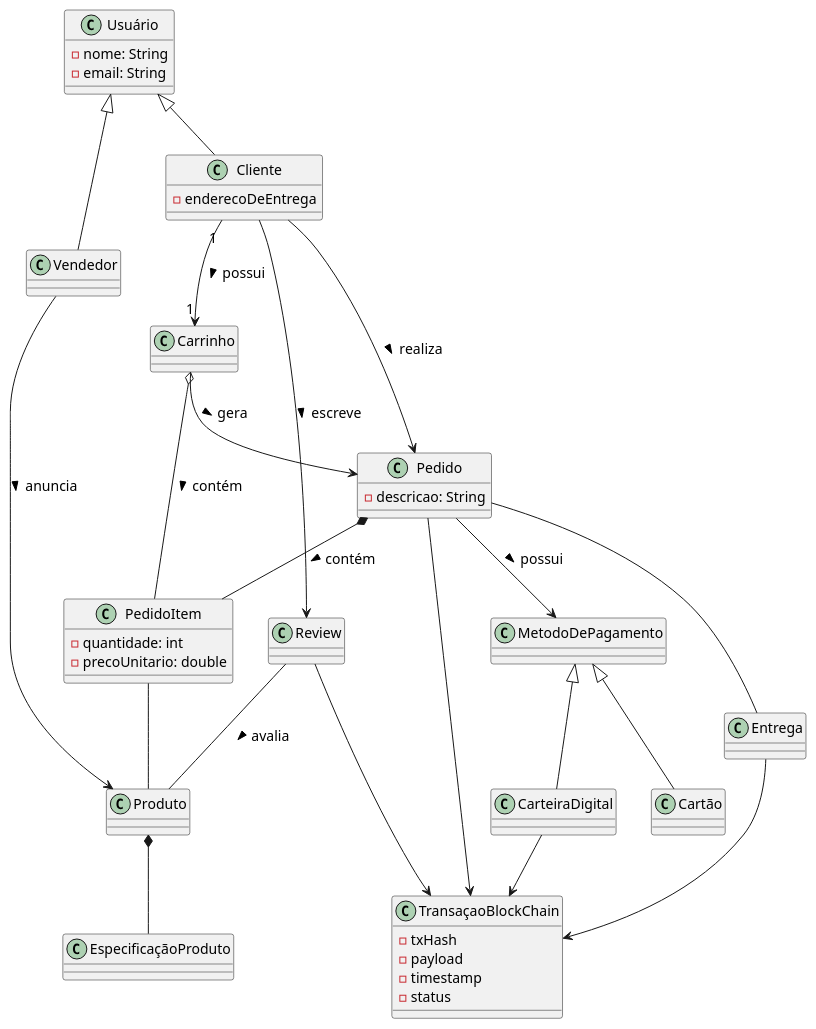
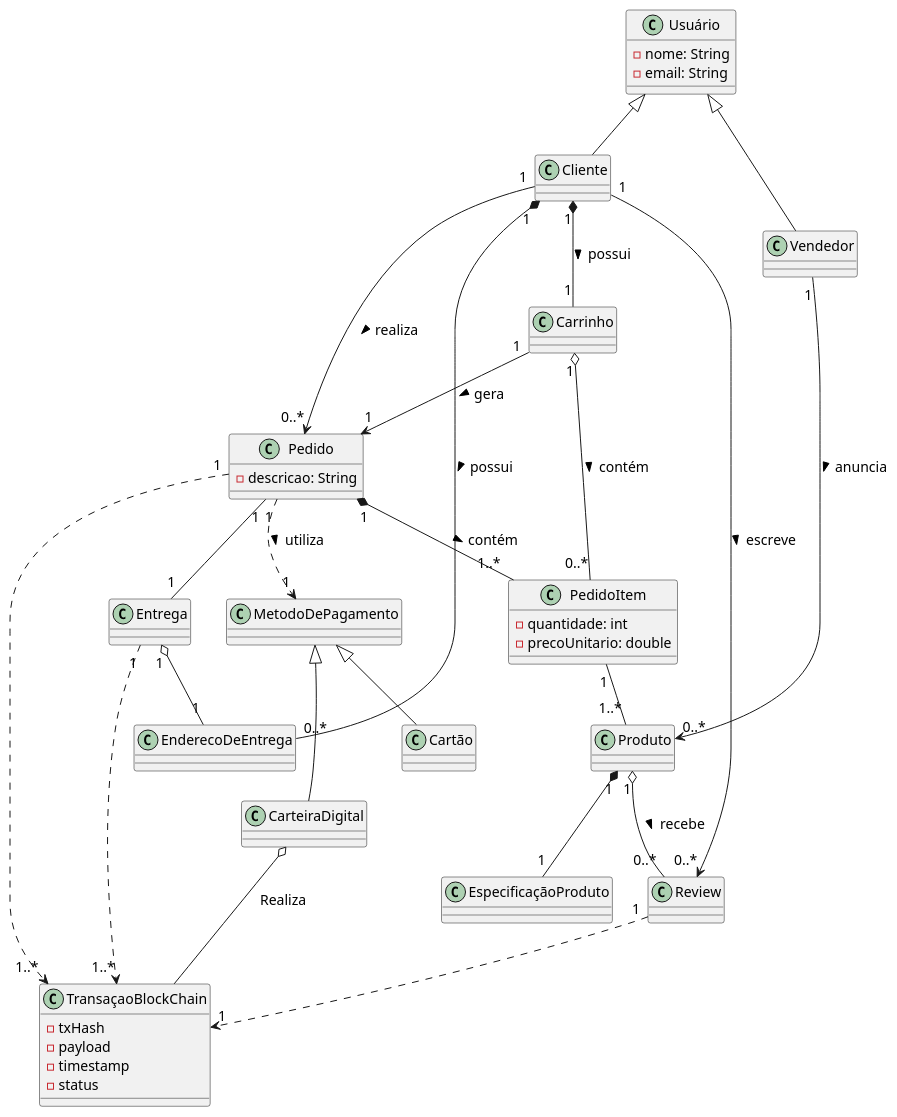
Before and after one commit to gilmarUFG/rs_es_20251_g4: the diagram in trabalho_final/modelos_uml/diagrama-de-classe.plantuml, drawn with PlantUML.

Commit message:
Desenvolvimento do diagrama de classe

```diff
--- a/trabalho_final/modelos_uml/diagrama-de-classe.plantuml
+++ b/trabalho_final/modelos_uml/diagrama-de-classe.plantuml
@@ -1,83 +1,85 @@
 @startuml ChainBuy
 top to bottom direction
 
 skinparam defaultFontName "Arial"
 skinparam defaultFontSize 14
 ' Classes base
 class Usuário {
     -nome: String
     -email: String
 }
 
 class Produto {
     
 }
 
 class EspecificaçãoProduto
 
 class Cliente {
-    - enderecoDeEntrega
+    
 }
+
+class EnderecoDeEntrega
 
 class Vendedor {
     
 }
 
 class Pedido {
     -descricao: String
 
 }
 
 class PedidoItem{
     -quantidade: int
     -precoUnitario: double
 }
 
 class MetodoDePagamento{
 
 }
 
 class Carrinho
 
 class CarteiraDigital
 
 class Cartão
 
 class Entrega
 
 class Review
 
 class TransaçaoBlockChain{
     -txHash
     -payload
     -timestamp
     -status
 }
-' Herança
+
 MetodoDePagamento <|-- Cartão
 MetodoDePagamento <|-- CarteiraDigital
 Usuário <|-- Cliente
 Usuário <|-- Vendedor
 
-' Associação
-Vendedor --> Produto : anuncia >
-Cliente --> Pedido : realiza >
-Cliente "1" --> "1" Carrinho : possui >
-Pedido --> MetodoDePagamento : possui >
-Pedido --> TransaçaoBlockChain
-Review --> TransaçaoBlockChain
-Entrega --> TransaçaoBlockChain
-CarteiraDigital --> TransaçaoBlockChain
-PedidoItem -- Produto
-Carrinho --> Pedido : gera >
-Cliente --> Review : escreve >
-Review -- Produto : avalia >
-Pedido -- Entrega
-' Agregação
-Carrinho o-- PedidoItem : contém >
+Vendedor "1" --> "0..*" Produto : anuncia >
+Cliente "1" --> "0..*" Pedido : realiza >
+PedidoItem "1" -- "1..*" Produto
+Carrinho "1" --> "1" Pedido : gera >
+Cliente "1" --> "0..*" Review : escreve >
+Pedido "1" -- "1" Entrega
 
-' Composição
-'*--
-Produto *-- EspecificaçãoProduto
-Pedido *-- PedidoItem: contém >
+Produto "1" o-- "0..*" Review : recebe >
+Carrinho "1" o-- "0..*" PedidoItem : contém >
+CarteiraDigital o-- TransaçaoBlockChain : Realiza
+Entrega "1" o-- "1" EnderecoDeEntrega
+
+Entrega "1" ..> "1..*" TransaçaoBlockChain
+Pedido "1" ..> "1" MetodoDePagamento : utiliza >
+Pedido "1" ..> "1..*" TransaçaoBlockChain
+Review "1" ..> "1" TransaçaoBlockChain
+
+Cliente "1" *-- "0..*" EnderecoDeEntrega : possui >
+Cliente "1" *-- "1" Carrinho : possui >
+Produto "1" *-- "1" EspecificaçãoProduto
+Pedido "1" *-- "1..*" PedidoItem: contém >
 @enduml
```
